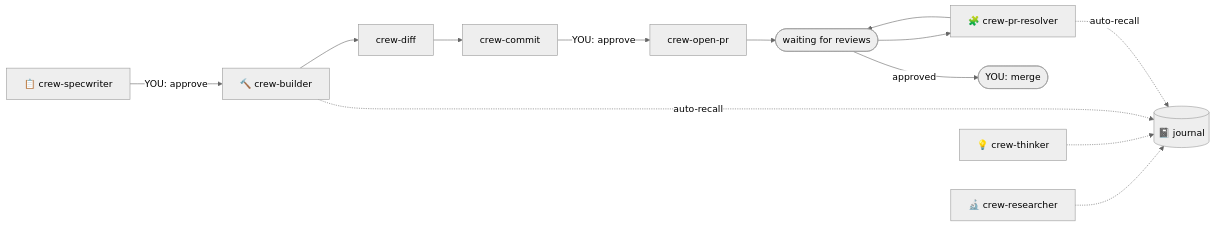
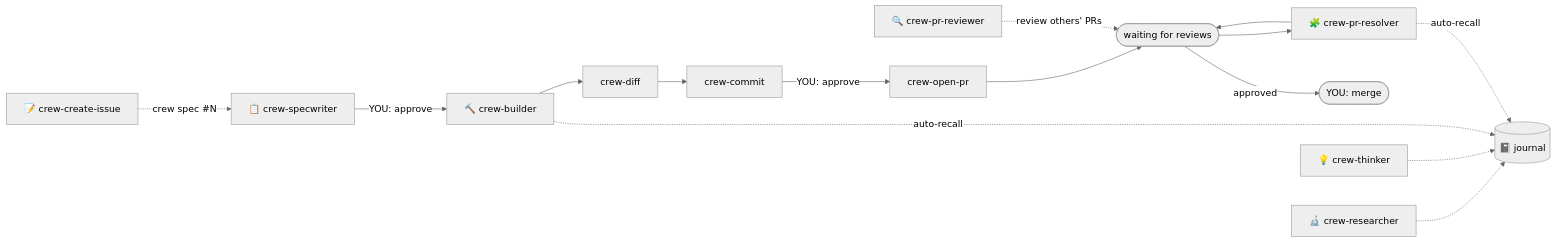
One commit to crespocarlos/el-capitan changed the diagram in README.md. Above: the diagram before and after it, drawn with Mermaid (neutral theme). The commit also changed other lines of this file and 5 other files, not shown here.

First line of the commit message:
feat(skills): add crew-create-issue skill and update pipeline docs

````diff
--- a/README.md
+++ b/README.md
@@ -50,15 +52,17 @@
 ```mermaid
 flowchart LR
+    issue["📝 crew-create-issue"] -.->|"crew spec #N"| spec
     spec["📋 crew-specwriter"] -->|"YOU: approve"| build["🔨 crew-builder"]
     build --> diff["crew-diff"] --> commit["crew-commit"]
     commit -->|"YOU: approve"| pr["crew-open-pr"]
     pr --> review(["waiting for reviews"])
     review --> resolve["🧩 crew-pr-resolver"]
     resolve --> review
     review -->|"approved"| merge(["YOU: merge"])
 
+    reviewer["🔍 crew-pr-reviewer"] -.->|"review others' PRs"| review
     research["🔬 crew-researcher"] -.-> journal[("📓 journal")]
     think["💡 crew-thinker"] -.-> journal
     build -.->|"auto-recall"| journal
     resolve -.->|"auto-recall"| journal
 ```
````
